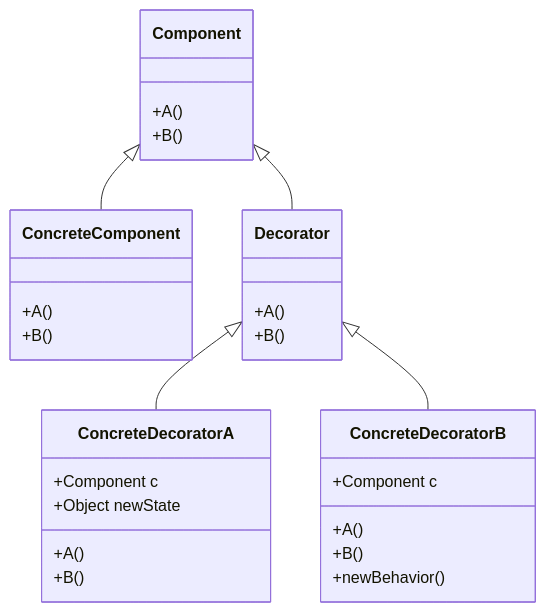
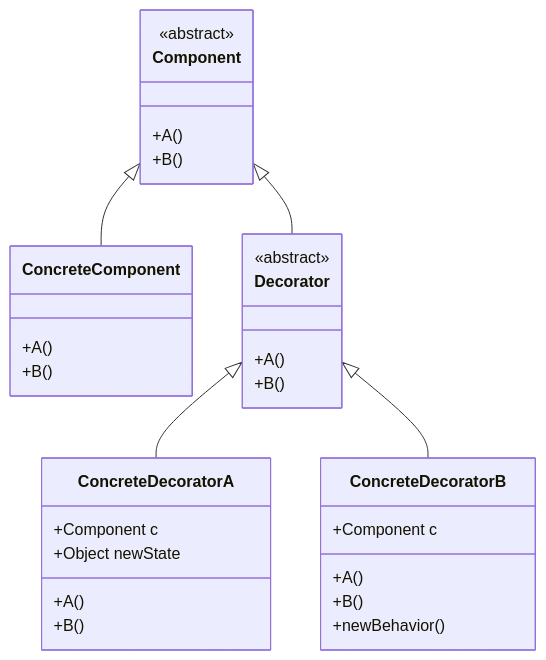
One commit to akormous/design-patterns changed the diagram in Theory/DecoratorPattern.md. Above: the diagram before and after it, drawn with Mermaid.

Commit message:
Update Decorator Pattern theory

````diff
--- a/Theory/DecoratorPattern.md
+++ b/Theory/DecoratorPattern.md
@@ -24,38 +24,40 @@
 ```mermaid
 classDiagram
 
 class Component {
+    <<abstract>>
     +A()
     +B()
 }
 
 class ConcreteComponent {
     +A()
     +B()
 }
 
 class Decorator {
+    <<abstract>>
     +A()
     +B()
 }
 
 Component <|-- ConcreteComponent
 Component <|-- Decorator
 
 class ConcreteDecoratorA {
     +Component c
     +A()
     +B()
     +Object newState
 }
 
 class ConcreteDecoratorB {
     +Component c
     +A()
     +B()
     +newBehavior()
 }
 
 Decorator <|-- ConcreteDecoratorA
 Decorator <|-- ConcreteDecoratorB
 ```
````
